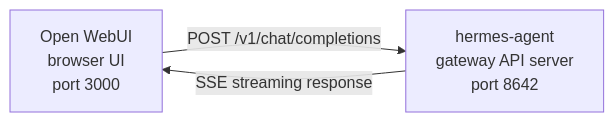
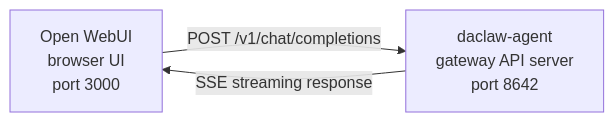
One commit to DA-Open/DAClaw changed the diagram in website/docs/user-guide/messaging/open-webui.md. Above: the diagram before and after it, drawn with Mermaid. The commit also changed other lines of this file and 678 other files, not shown here.

````diff
--- a/website/docs/user-guide/messaging/open-webui.md
+++ b/website/docs/user-guide/messaging/open-webui.md
@@ -13,7 +13,7 @@
 ```mermaid
 flowchart LR
     A["Open WebUI<br/>browser UI<br/>port 3000"]
-    B["hermes-agent<br/>gateway API server<br/>port 8642"]
+    B["daclaw-agent<br/>gateway API server<br/>port 8642"]
     A -->|POST /v1/chat/completions| B
     B -->|SSE streaming response| A
 ```
````
